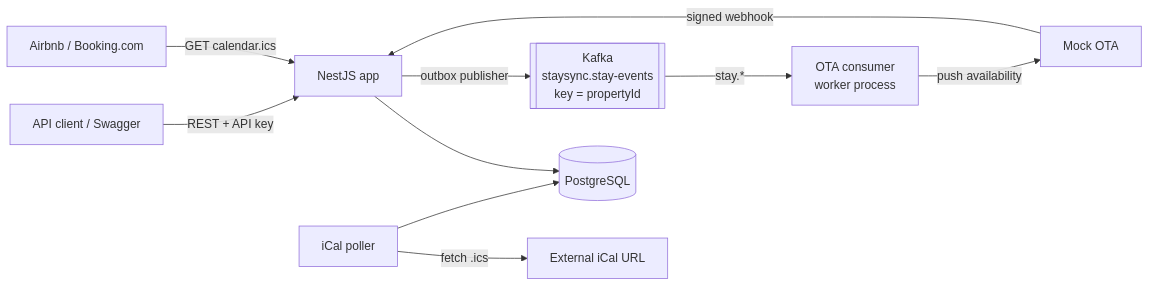
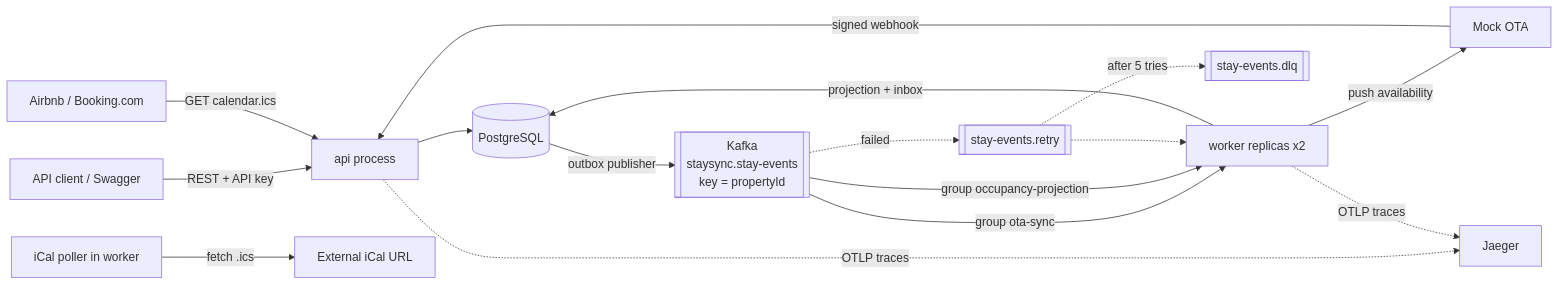
One commit to MaiSirikulpanDev/StaySync changed the diagram in README.md. Above: the diagram before and after it, drawn with Mermaid. The commit also changed other lines of this file and 4 other files, not shown here.

First line of the commit message:
M12: Jaeger in compose, kill-a-worker demo step, README Phase 1 to Phase 2

````diff
--- a/README.md
+++ b/README.md
@@ -15,12 +15,17 @@
 ```mermaid
 flowchart LR
-  Client[API client / Swagger] -->|REST + API key| API[NestJS app]
+  Client[API client / Swagger] -->|REST + API key| API[api process]
   OTA[Mock OTA] -->|signed webhook| API
   API --> PG[(PostgreSQL)]
-  API -->|outbox publisher| MQ[[Kafka<br/>staysync.stay-events<br/>key = propertyId]]
-  MQ -->|stay.*| Consumer[OTA consumer<br/>worker process]
-  Consumer -->|push availability| OTA
-  Scheduler[iCal poller] -->|fetch .ics| Ext[External iCal URL]
-  Scheduler --> PG
+  PG -->|outbox publisher| K[[Kafka<br/>staysync.stay-events<br/>key = propertyId]]
+  K -->|group ota-sync| W[worker replicas x2]
+  K -->|group occupancy-projection| W
+  W -->|push availability| OTA
+  W -->|projection + inbox| PG
+  K -.->|failed| R[[stay-events.retry]] -.-> W
+  R -.->|after 5 tries| D[[stay-events.dlq]]
+  Scheduler[iCal poller in worker] -->|fetch .ics| Ext[External iCal URL]
   Airbnb[Airbnb / Booking.com] -->|GET calendar.ics| API
+  API -.->|OTLP traces| J[Jaeger]
+  W -.->|OTLP traces| J
 ```
````
